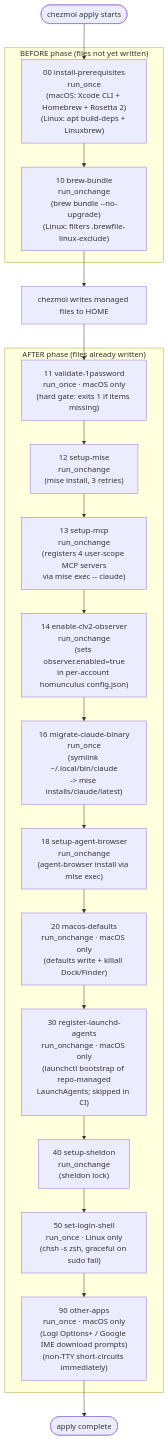
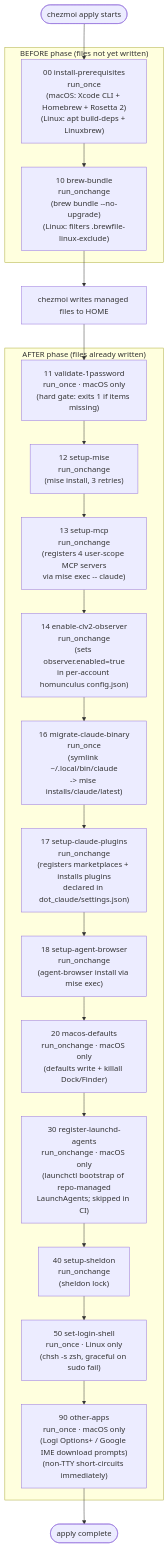
The diagram in docs/architecture/lifecycle-scripts.md (kryota-dev/dotfiles), drawn with Mermaid before and after one commit. The commit also changed other lines of this file and 6 other files, not shown here.

First line of the commit message:
feat(claude): manage Claude Code plugins declaratively from settings.json (#292)

````diff
--- a/docs/architecture/lifecycle-scripts.md
+++ b/docs/architecture/lifecycle-scripts.md
@@ -22,29 +22,30 @@
 ```mermaid
 flowchart TD
     A([chezmoi apply starts]) --> B
 
     subgraph BEFORE ["BEFORE phase (files not yet written)"]
         B["00 install-prerequisites\nrun_once\n(macOS: Xcode CLI + Homebrew + Rosetta 2)\n(Linux: apt build-deps + Linuxbrew)"]
         B --> C["10 brew-bundle\nrun_onchange\n(brew bundle --no-upgrade)\n(Linux: filters .brewfile-linux-exclude)"]
     end
 
     C --> FILES[chezmoi writes managed files to HOME]
 
     FILES --> D
 
     subgraph AFTER ["AFTER phase (files already written)"]
         D["11 validate-1password\nrun_once · macOS only\n(hard gate: exits 1 if items missing)"]
         D --> E["12 setup-mise\nrun_onchange\n(mise install, 3 retries)"]
         E --> F["13 setup-mcp\nrun_onchange\n(registers 4 user-scope MCP servers\nvia mise exec -- claude)"]
         F --> G["14 enable-clv2-observer\nrun_onchange\n(sets observer.enabled=true\nin per-account homunculus config.json)"]
         G --> H["16 migrate-claude-binary\nrun_once\n(symlink ~/.local/bin/claude\n-> mise installs/claude/latest)"]
-        H --> I["18 setup-agent-browser\nrun_onchange\n(agent-browser install via mise exec)"]
+        H --> H2["17 setup-claude-plugins\nrun_onchange\n(registers marketplaces + installs plugins\ndeclared in dot_claude/settings.json)"]
+        H2 --> I["18 setup-agent-browser\nrun_onchange\n(agent-browser install via mise exec)"]
         I --> J["20 macos-defaults\nrun_onchange · macOS only\n(defaults write + killall Dock/Finder)"]
         J --> J2["30 register-launchd-agents\nrun_onchange · macOS only\n(launchctl bootstrap of repo-managed\nLaunchAgents; skipped in CI)"]
         J2 --> K["40 setup-sheldon\nrun_onchange\n(sheldon lock)"]
         K --> L["50 set-login-shell\nrun_once · Linux only\n(chsh -s zsh, graceful on sudo fail)"]
         L --> M["90 other-apps\nrun_once · macOS only\n(Logi Options+ / Google IME download prompts)\n(non-TTY short-circuits immediately)"]
     end
 
     M --> N([apply complete])
 ```
````
